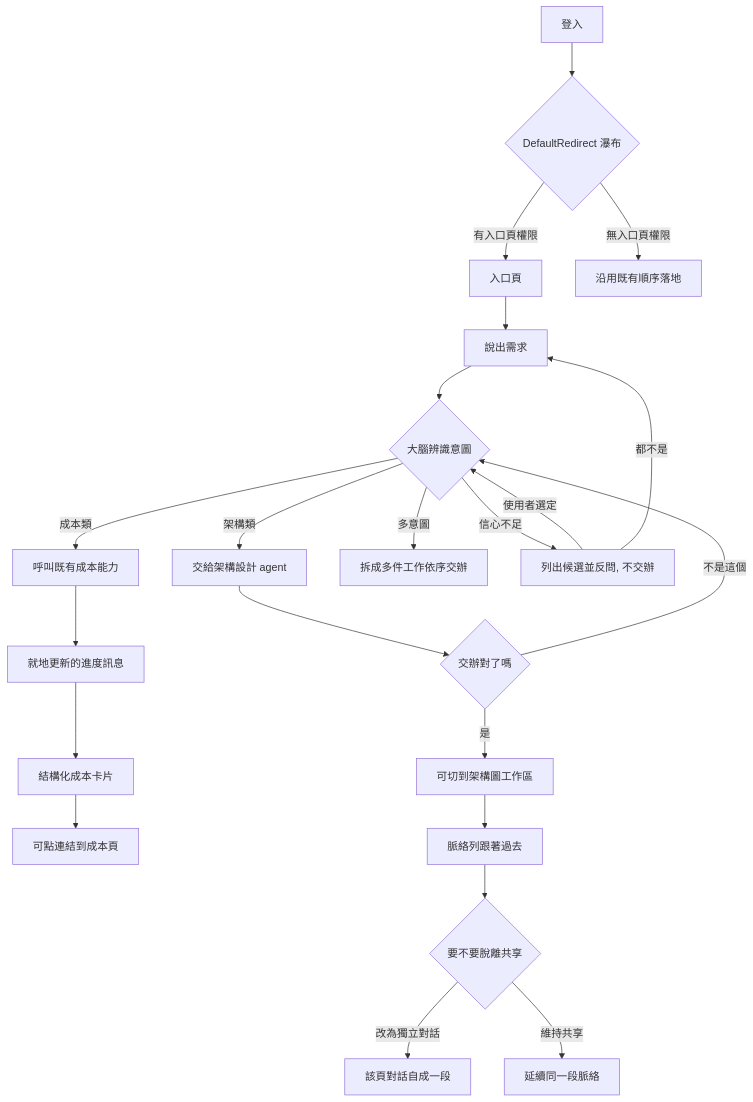
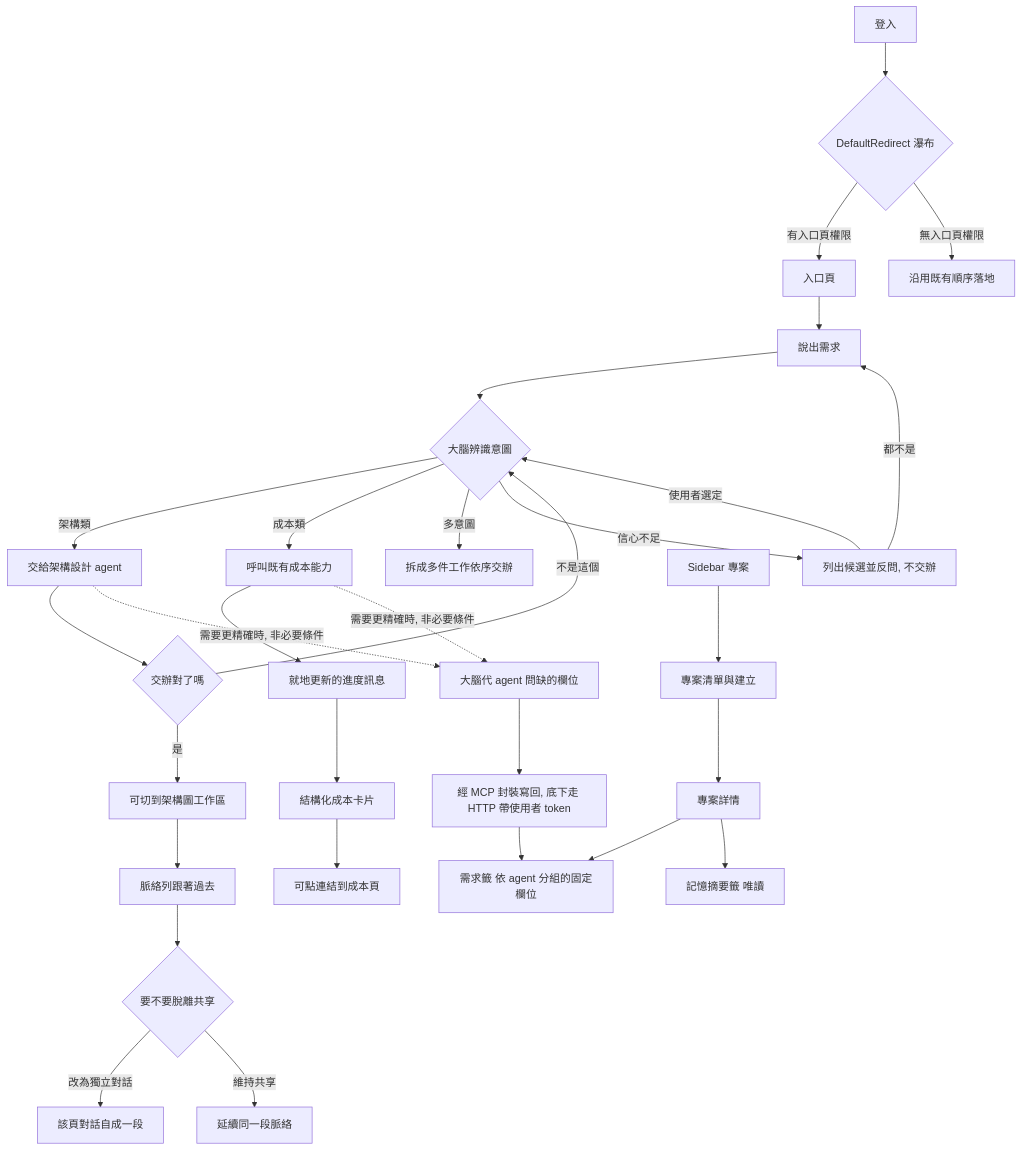
Before and after one commit to opendiamonds/cloud-360: the diagram in aidlc/spaces/default/intents/260920-orchestration-brain/ideation/rough-mockups/user-flow.md, drawn with Mermaid. The commit also changed other lines of this file and 19 other files, not shown here.

````diff
--- a/aidlc/spaces/default/intents/260920-orchestration-brain/ideation/rough-mockups/user-flow.md
+++ b/aidlc/spaces/default/intents/260920-orchestration-brain/ideation/rough-mockups/user-flow.md
@@ -12,24 +12,32 @@
 ```mermaid
 flowchart TD
     L[登入] --> R{DefaultRedirect 瀑布}
     R -->|有入口頁權限| E[入口頁]
     R -->|無入口頁權限| O[沿用既有順序落地]
     E --> I[說出需求]
     I --> C{大腦辨識意圖}
     C -->|架構類| A[交給架構設計 agent]
     C -->|成本類| M[呼叫既有成本能力]
     C -->|多意圖| S[拆成多件工作依序交辦]
     C -->|信心不足| Q[列出候選並反問, 不交辦]
     Q -->|使用者選定| C
     Q -->|都不是| I
     A --> Z{交辦對了嗎}
     Z -->|不是這個| C
     Z -->|是| W[可切到架構圖工作區]
     M --> P[就地更新的進度訊息]
     P --> K[結構化成本卡片]
     K --> V[可點連結到成本頁]
     W --> X[脈絡列跟著過去]
     X --> N{要不要脫離共享}
     N -->|改為獨立對話| D[該頁對話自成一段]
     N -->|維持共享| G[延續同一段脈絡]
+    PJ[Sidebar 專案] --> PL[專案清單與建立]
+    PL --> PD[專案詳情]
+    PD --> PR[需求籤 依 agent 分組的固定欄位]
+    PD --> PM[記憶摘要籤 唯讀]
+    M -.->|需要更精確時, 非必要條件| AK[大腦代 agent 問缺的欄位]
+    A -.->|需要更精確時, 非必要條件| AK
+    AK --> AW[經 MCP 封裝寫回, 底下走 HTTP 帶使用者 token]
+    AW --> PR
 ```
````
